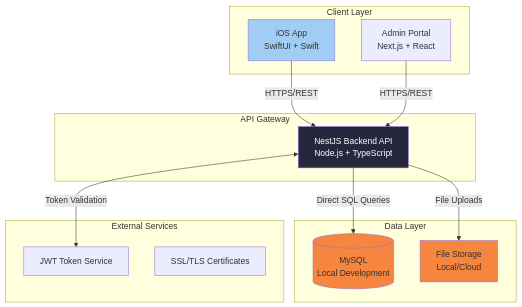
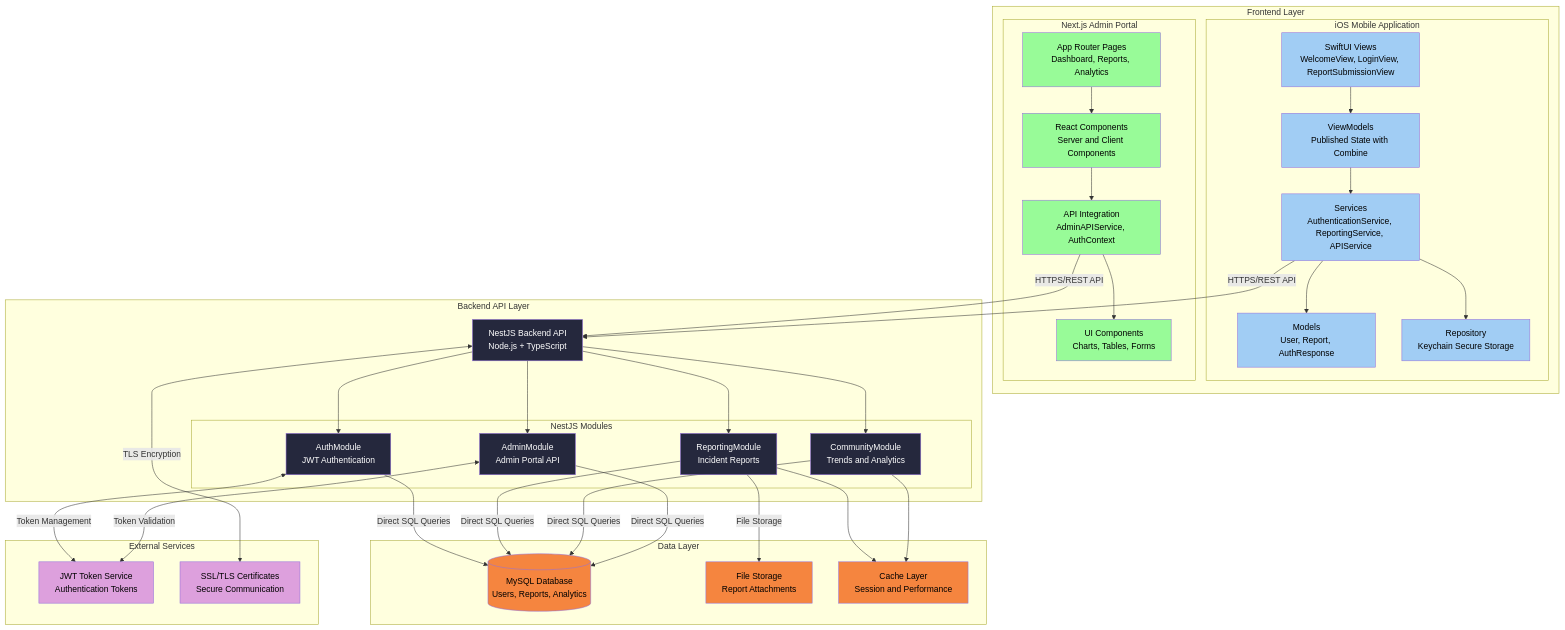
Before and after one commit to 2003gdb/bmad-cyber-report: the diagram in docs/architecture/high-level-architecture.md, drawn with Mermaid. The commit also changed other lines of this file and 41 other files, not shown here.

````diff
--- a/docs/architecture/high-level-architecture.md
+++ b/docs/architecture/high-level-architecture.md
@@ -35,35 +35,88 @@
 ```mermaid
 graph TB
-    subgraph "Client Layer"
-        iOS[iOS App<br/>SwiftUI + Swift]
-        Admin[Admin Portal<br/>Next.js + React]
+    subgraph Frontend["Frontend Layer"]
+        subgraph iOS["iOS Mobile Application"]
+            iOSViews["SwiftUI Views<br/>WelcomeView, LoginView, ReportSubmissionView"]
+            iOSViewModels["ViewModels<br/>Published State with Combine"]
+            iOSServices["Services<br/>AuthenticationService, ReportingService, APIService"]
+            iOSModels["Models<br/>User, Report, AuthResponse"]
+            iOSRepo["Repository<br/>Keychain Secure Storage"]
+        end
+
+        subgraph Admin["Next.js Admin Portal"]
+            AdminPages["App Router Pages<br/>Dashboard, Reports, Analytics"]
+            AdminComponents["React Components<br/>Server and Client Components"]
+            AdminAPI["API Integration<br/>AdminAPIService, AuthContext"]
+            AdminUI["UI Components<br/>Charts, Tables, Forms"]
+        end
     end
-    
-    subgraph "API Gateway"
-        NestJS[NestJS Backend API<br/>Node.js + TypeScript]
+
+    subgraph Backend["Backend API Layer"]
+        NestJS["NestJS Backend API<br/>Node.js + TypeScript"]
+
+        subgraph Modules["NestJS Modules"]
+            AuthModule["AuthModule<br/>JWT Authentication"]
+            ReportingModule["ReportingModule<br/>Incident Reports"]
+            CommunityModule["CommunityModule<br/>Trends and Analytics"]
+            AdminModule["AdminModule<br/>Admin Portal API"]
+        end
     end
-    
-    subgraph "Data Layer"
-        SQL[(MySQL<br/>Local Development)]
-        Files[File Storage<br/>Local/Cloud]
+
+    subgraph Data["Data Layer"]
+        SQL[("MySQL Database<br/>Users, Reports, Analytics")]
+        Files["File Storage<br/>Report Attachments"]
+        Cache["Cache Layer<br/>Session and Performance"]
     end
-    
-    subgraph "External Services"
-        JWT[JWT Token Service]
-        SSL[SSL/TLS Certificates]
+
+    subgraph External["External Services"]
+        JWT["JWT Token Service<br/>Authentication Tokens"]
+        SSL["SSL/TLS Certificates<br/>Secure Communication"]
     end
-    
-    iOS -->|HTTPS/REST| NestJS
-    Admin -->|HTTPS/REST| NestJS
-    NestJS -->|Direct SQL Queries| SQL
-    NestJS -->|File Uploads| Files
-    NestJS <-->|Token Validation| JWT
-    
-    classDef mobile fill:#A1CDF4
+
+    %% iOS Mobile Connections
+    iOSViews --> iOSViewModels
+    iOSViewModels --> iOSServices
+    iOSServices --> iOSModels
+    iOSServices --> iOSRepo
+    iOSServices -->|HTTPS/REST API| NestJS
+
+    %% Admin Portal Connections
+    AdminPages --> AdminComponents
+    AdminComponents --> AdminAPI
+    AdminAPI --> AdminUI
+    AdminAPI -->|HTTPS/REST API| NestJS
+
+    %% Backend Module Connections
+    NestJS --> AuthModule
+    NestJS --> ReportingModule
+    NestJS --> CommunityModule
+    NestJS --> AdminModule
+
+    %% Data Layer Connections
+    AuthModule -->|Direct SQL Queries| SQL
+    ReportingModule -->|Direct SQL Queries| SQL
+    CommunityModule -->|Direct SQL Queries| SQL
+    AdminModule -->|Direct SQL Queries| SQL
+    ReportingModule -->|File Storage| Files
+
+    %% External Service Connections
+    AuthModule <-->|Token Management| JWT
+    AdminModule <-->|Token Validation| JWT
+    NestJS <-->|TLS Encryption| SSL
+
+    %% Caching
+    ReportingModule --> Cache
+    CommunityModule --> Cache
+
+    classDef mobile fill:#A1CDF4, color:#000
+    classDef admin fill:#98FB98, color:#000
     classDef api fill:#25283D,color:#fff
-    classDef data fill:#F5853F
-    
-    class iOS mobile
-    class NestJS api
-    class SQL,Files data
+    classDef data fill:#F5853F, color:#000
+    classDef external fill:#DDA0DD, color:#000
+
+    class iOSViews,iOSViewModels,iOSServices,iOSModels,iOSRepo mobile
+    class AdminPages,AdminComponents,AdminAPI,AdminUI admin
+    class NestJS,AuthModule,ReportingModule,CommunityModule,AdminModule api
+    class SQL,Files,Cache data
+    class JWT,SSL external
 ```
````
